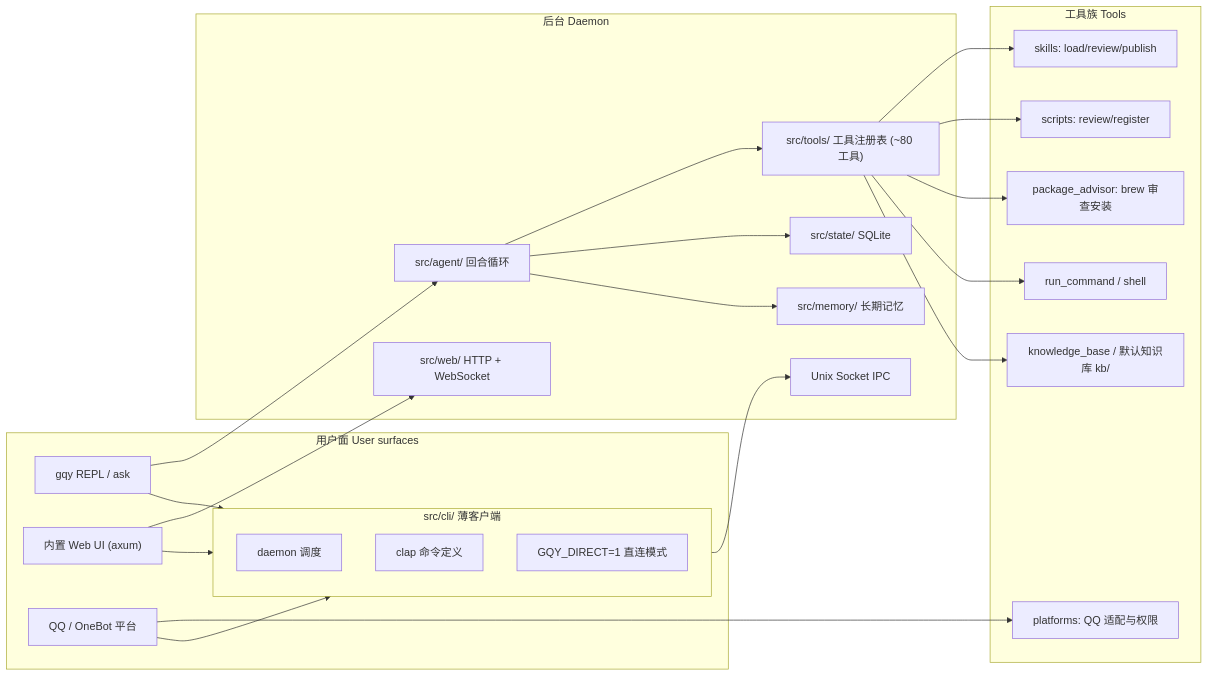
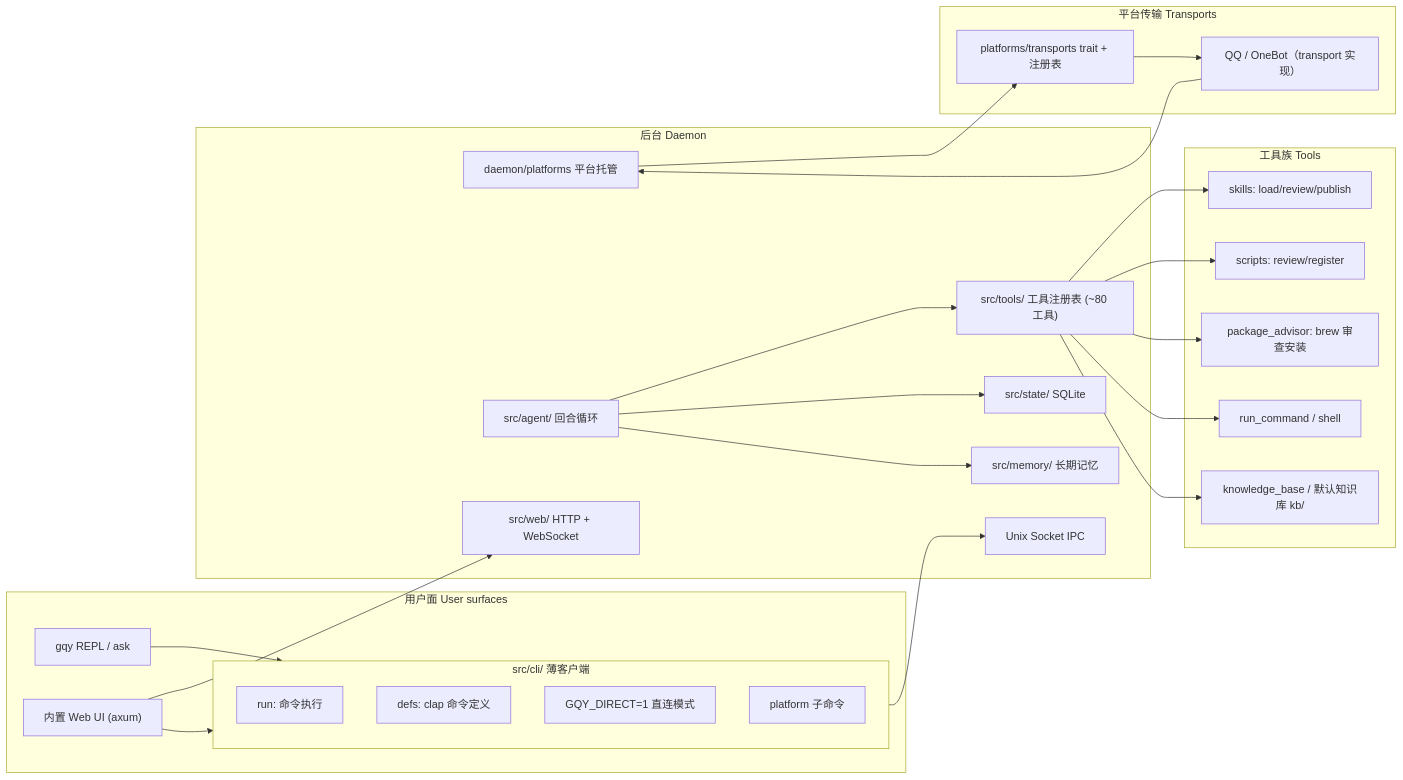
The diagram in docs/architecture.md (Francis-Xavier-code/gqy), drawn with Mermaid before and after one commit. The commit also changed other lines of this file and 2 other files, not shown here.

Commit message:
docs: 更新架构文档/CLI 参考/README（daemon 托管平台、文件拆分与命名规范后的结构）

````diff
--- a/docs/architecture.md
+++ b/docs/architecture.md
@@ -7,45 +7,51 @@
 ```mermaid
 flowchart LR
     subgraph 用户面 User surfaces
         REPL["gqy REPL / ask"] --> CLI
         WEB["内置 Web UI (axum)"] --> CLI
-        QQ["QQ / OneBot 平台"] --> CLI
     end
 
     subgraph CLI["src/cli/ 薄客户端"]
-        daemon["daemon 调度"]
-        defs["clap 命令定义"]
+        run["run: 命令执行"]
+        defs["defs: clap 命令定义"]
         direct["GQY_DIRECT=1 直连模式"]
+        platform["platform 子命令"]
     end
 
     subgraph 后台 Daemon
         IPC["Unix Socket IPC"]
+        PLATFORM_RT["daemon/platforms 平台托管"]
         AGENT["src/agent/ 回合循环"]
         STATE["src/state/ SQLite"]
         MEMORY["src/memory/ 长期记忆"]
         TOOLS["src/tools/ 工具注册表 (~80 工具)"]
         WEB_SRV["src/web/ HTTP + WebSocket"]
+    end
+
+    subgraph 平台传输 Transports
+        QQ["QQ / OneBot（transport 实现）"]
+        TRANSPORTS["platforms/transports trait + 注册表"]
     end
 
     subgraph 工具族 Tools
         SKILLS["skills: load/review/publish"]
         SCRIPTS["scripts: review/register"]
         BREW["package_advisor: brew 审查安装"]
         SHELL["run_command / shell"]
         KB["knowledge_base / 默认知识库 kb/"]
-        PLATFORM["platforms: QQ 适配与权限"]
     end
 
     CLI --> IPC
-    REPL --> AGENT
+    PLATFORM_RT --> TRANSPORTS
+    TRANSPORTS --> QQ
+    QQ --> PLATFORM_RT
     WEB --> WEB_SRV
-    QQ --> PLATFORM
     AGENT --> TOOLS
     TOOLS --> SKILLS
     TOOLS --> SCRIPTS
     TOOLS --> BREW
     TOOLS --> SHELL
     TOOLS --> KB
     AGENT --> STATE
     AGENT --> MEMORY
 ```
````
